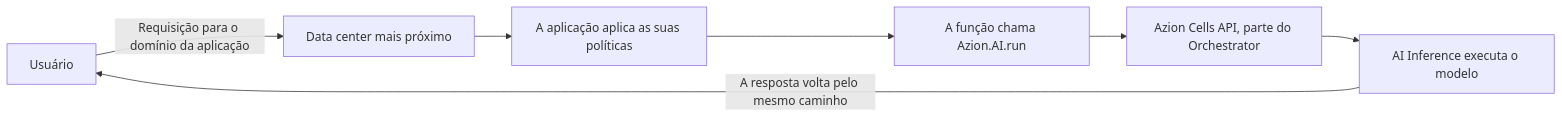
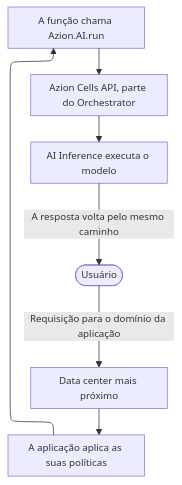
The diagram in apps/docs/src/content/docs/pt-br/pages/menu-principal/referencia/ai-inference/edge-ai-reference.mdx (aziontech/docs), drawn with Mermaid before and after one commit. The commit also changed 179 other files, not shown here.

Commit message:
docs(diagrams): redraw every other diagram in the use-case diagram style (#2513)

````diff
--- a/apps/docs/src/content/docs/pt-br/pages/menu-principal/referencia/ai-inference/edge-ai-reference.mdx
+++ b/apps/docs/src/content/docs/pt-br/pages/menu-principal/referencia/ai-inference/edge-ai-reference.mdx
@@ -52,9 +52,10 @@
 ```mermaid
-flowchart LR
-  User["Usuário"] -->|"Requisição para o domínio da aplicação"| DC["Data center mais próximo"]
+%%{init: {"layout": "elk", "themeVariables": {"fontSize": "13px"}, "flowchart": {"nodeSpacing": 24, "rankSpacing": 36, "padding": 8, "wrappingWidth": 150, "useMaxWidth": true}, "sequence": {"width": 120, "actorMargin": 30, "useMaxWidth": true}}}%%
+flowchart TD
+  User(["Usuário"]) -->|"Requisição para o domínio da aplicação"| DC["Data center mais próximo"]
   DC --> App["A aplicação aplica as suas políticas"]
   App --> Fn["A função chama Azion.AI.run"]
   Fn --> Cells["Azion Cells API, parte do Orchestrator"]
   Cells --> Model["AI Inference executa o modelo"]
   Model -->|"A resposta volta pelo mesmo caminho"| User
 ```
````
